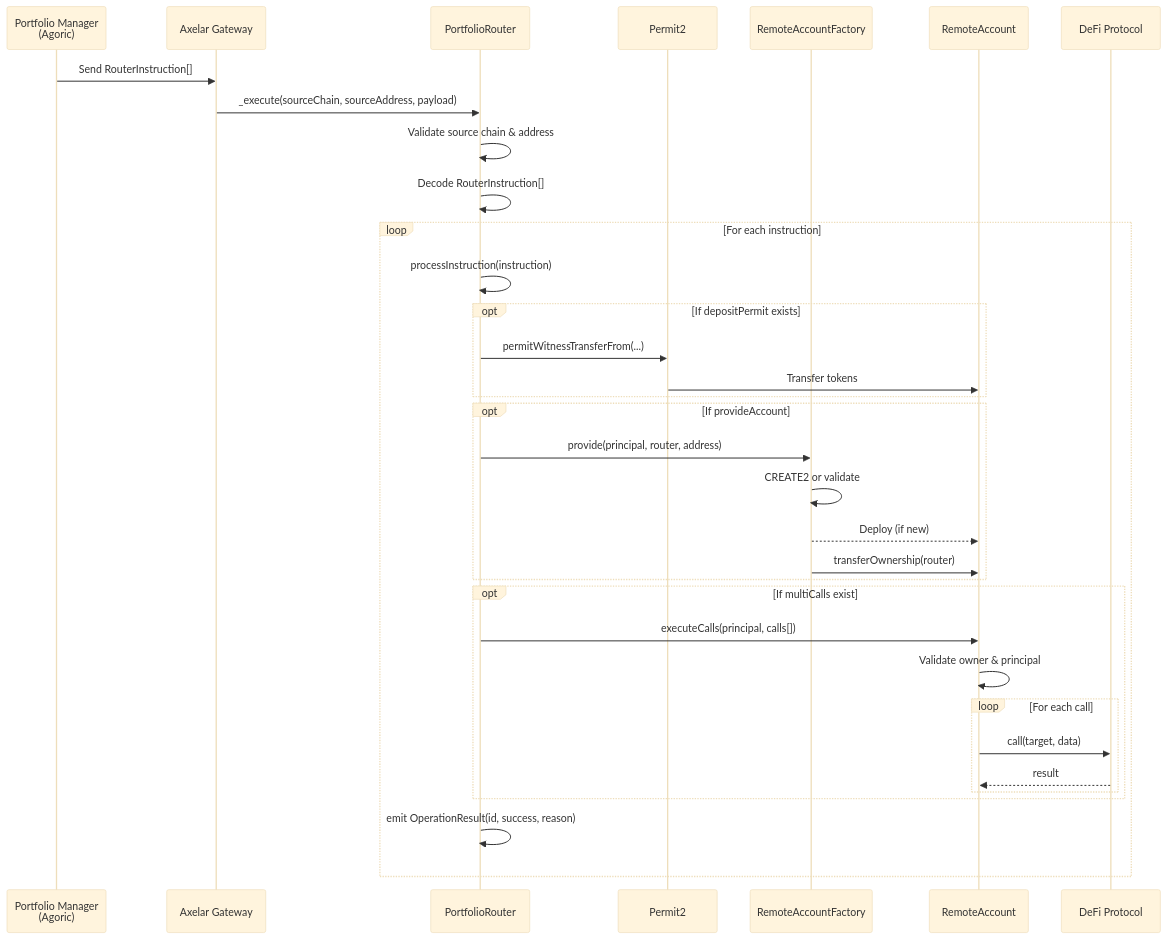
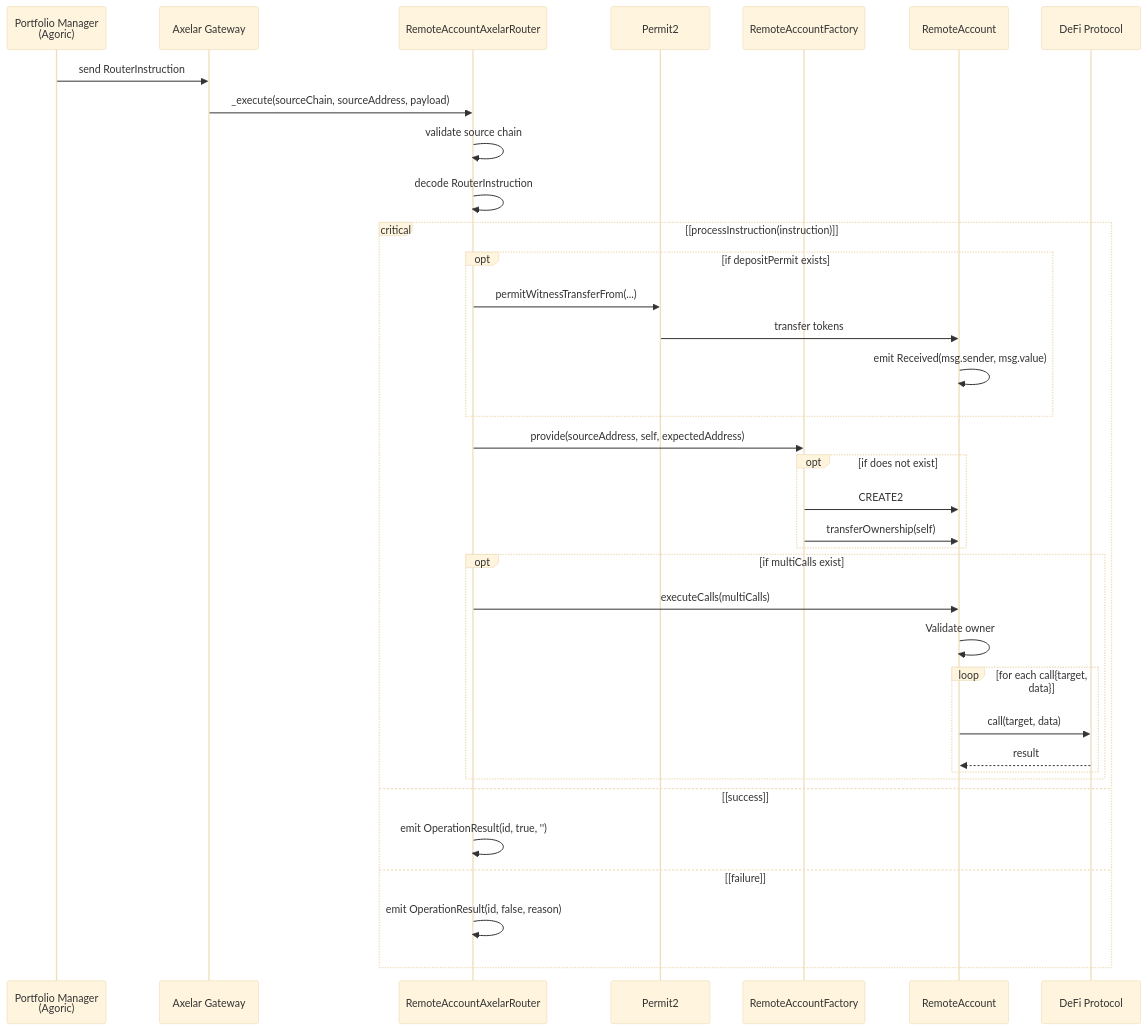
One commit to agoric-labs/agoric-to-axelar-local changed the sixth of 8 diagrams in packages/axelar-local-dev-cosmos/src/contracts/design.md. Above: the diagram before and after it, drawn with Mermaid (base theme). The commit also changed other lines of this file, not shown here.

Commit message:
Align documents with source code

````diff
--- a/packages/axelar-local-dev-cosmos/src/contracts/design.md
+++ b/packages/axelar-local-dev-cosmos/src/contracts/design.md
@@ -235,43 +304,43 @@
 ```mermaid
 sequenceDiagram
     participant PM as Portfolio Manager<br/>(Agoric)
     participant AXL as Axelar Gateway
-    participant PR as PortfolioRouter
+    participant PR as RemoteAccountAxelarRouter
     participant P2 as Permit2
     participant RAF as RemoteAccountFactory
     participant RA as RemoteAccount
     participant DEFI as DeFi Protocol
     
-    PM->>AXL: Send RouterInstruction[]
+    PM->>AXL: send RouterInstruction
     AXL->>PR: _execute(sourceChain, sourceAddress, payload)
     
-    PR->>PR: Validate source chain & address
-    PR->>PR: Decode RouterInstruction[]
+    PR->>PR: validate source chain
+    PR->>PR: decode RouterInstruction
     
-    loop For each instruction
-        PR->>PR: processInstruction(instruction)
-        
-        opt If depositPermit exists
+    critical [processInstruction(instruction)]
+        opt if depositPermit exists
             PR->>P2: permitWitnessTransferFrom(...)
-            P2->>RA: Transfer tokens
+            P2->>RA: transfer tokens
+            RA->>RA: emit Received(msg.sender, msg.value)
         end
-        
-        opt If provideAccount
-            PR->>RAF: provide(principal, router, address)
-            RAF->>RAF: CREATE2 or validate
-            RAF-->>RA: Deploy (if new)
-            RAF->>RA: transferOwnership(router)
+
+        PR->>RAF: provide(sourceAddress, self, expectedAddress)
+        opt if does not exist
+            RAF->>RA: CREATE2
+            RAF->>RA: transferOwnership(self)
         end
-        
-        opt If multiCalls exist
-            PR->>RA: executeCalls(principal, calls[])
-            RA->>RA: Validate owner & principal
-            loop For each call
+
+        opt if multiCalls exist
+            PR->>RA: executeCalls(multiCalls)
+            RA->>RA: Validate owner
+            loop for each call{target, data}
                 RA->>DEFI: call(target, data)
                 DEFI-->>RA: result
             end
         end
-        
-        PR->>PR: emit OperationResult(id, success, reason)
+    option [success]
+        PR->>PR: emit OperationResult(id, true, '')
+    option [failure]
+        PR->>PR: emit OperationResult(id, false, reason)
     end
 ```
````
